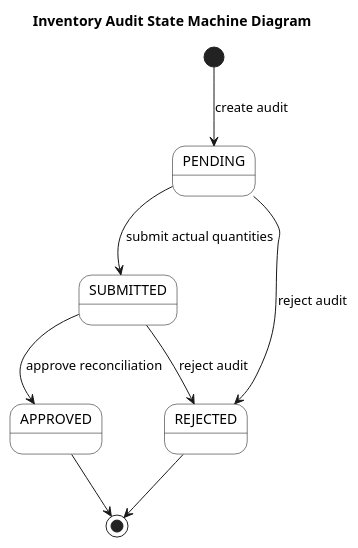
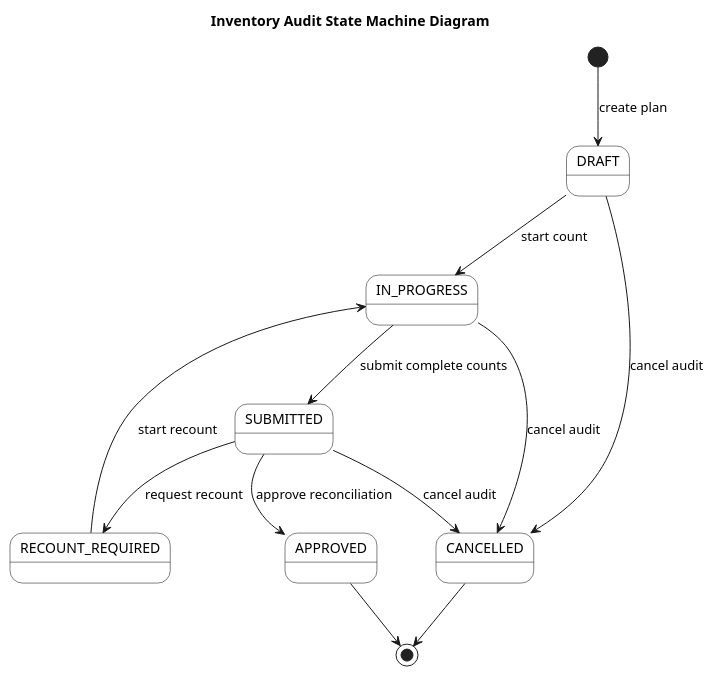
The third of 3 diagrams in docs/review3/diagrams/inventory-audit.md (vinhleechem/StockSpace_BE), drawn with PlantUML before and after one commit. The commit also changed other lines of this file and 20 other files, not shown here.

````diff
--- a/docs/review3/diagrams/inventory-audit.md
+++ b/docs/review3/diagrams/inventory-audit.md
@@ -113,21 +144,25 @@
 ```plantuml
 @startuml
 title Inventory Audit State Machine Diagram
 skinparam monochrome true
 skinparam shadowing false
 skinparam backgroundColor transparent
 skinparam state {
   BackgroundColor white
   BorderColor black
   FontColor black
 }
 
-[*] --> PENDING : create audit
-PENDING --> SUBMITTED : submit actual quantities
-PENDING --> REJECTED : reject audit
+[*] --> DRAFT : create plan
+DRAFT --> IN_PROGRESS : start count
+IN_PROGRESS --> SUBMITTED : submit complete counts
 SUBMITTED --> APPROVED : approve reconciliation
-SUBMITTED --> REJECTED : reject audit
+SUBMITTED --> RECOUNT_REQUIRED : request recount
+RECOUNT_REQUIRED --> IN_PROGRESS : start recount
+DRAFT --> CANCELLED : cancel audit
+IN_PROGRESS --> CANCELLED : cancel audit
+SUBMITTED --> CANCELLED : cancel audit
 APPROVED --> [*]
-REJECTED --> [*]
+CANCELLED --> [*]
 @enduml
 ```
````
